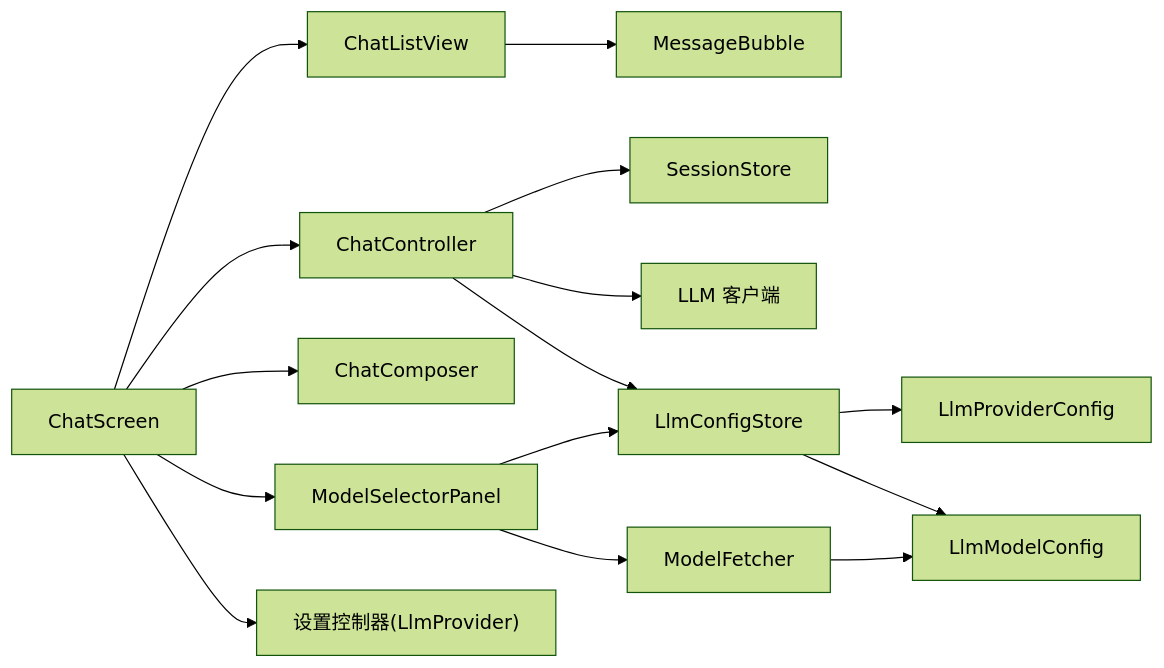
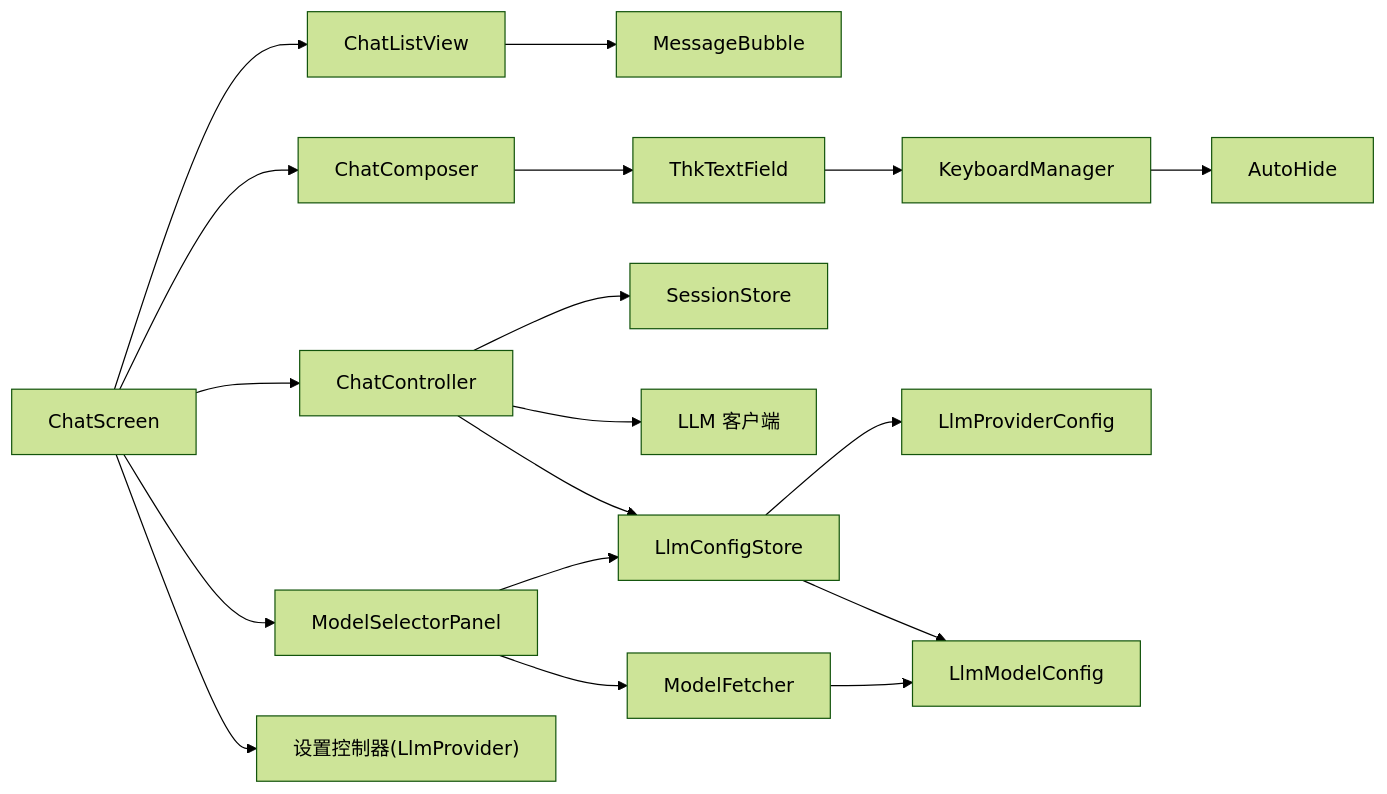
Before and after one commit to Ykworm/thktree: the tenth of 10 diagrams in .qoder/repowiki/zh/content/核心功能模块/对话管理系统/聊天界面组件.md, drawn with Mermaid (forest theme). The commit also changed other lines of this file and 39 other files, not shown here.

````diff
--- a/.qoder/repowiki/zh/content/核心功能模块/对话管理系统/聊天界面组件.md
+++ b/.qoder/repowiki/zh/content/核心功能模块/对话管理系统/聊天界面组件.md
@@ -447,17 +521,20 @@
 ```mermaid
 graph LR
 CS["ChatScreen"] --> CC["ChatController"]
 CS --> CLV["ChatListView"]
 CS --> CCOM["ChatComposer"]
 CS --> MSP["ModelSelectorPanel"]
 CLV --> MC["MessageBubble"]
+CCOM --> THKTF["ThkTextField"]
+THKTF --> KEYMAN["KeyboardManager"]
+KEYMAN --> AUTOHIDE["AutoHide"]
 CC --> Store["SessionStore"]
 CC --> LLM["LLM 客户端"]
 CC --> LCS["LlmConfigStore"]
 LCS --> LPC["LlmProviderConfig"]
 LCS --> LMC["LlmModelConfig"]
 MSP --> LCS
 MSP --> MF["ModelFetcher"]
 MF --> LMC
 CS --> Settings["设置控制器(LlmProvider)"]
 ```
````
